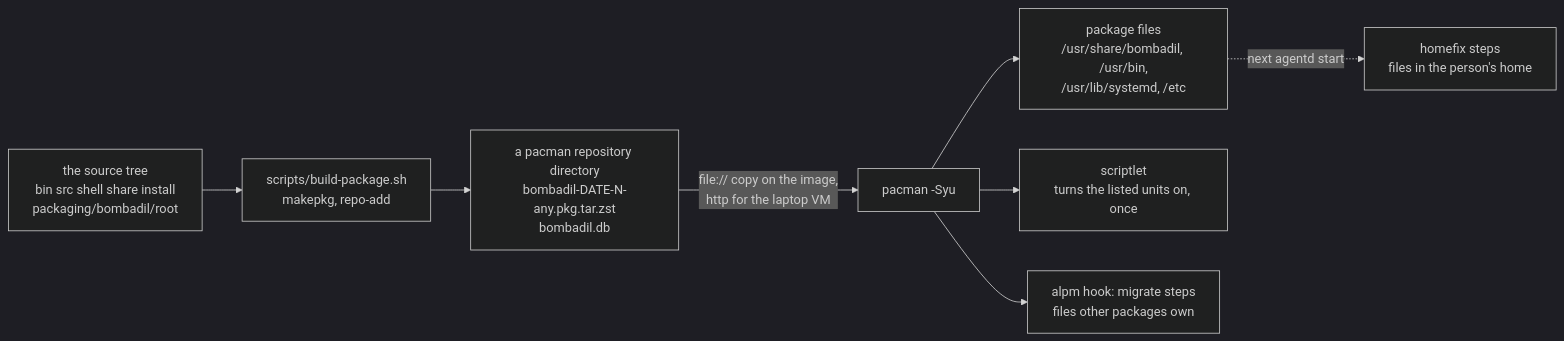
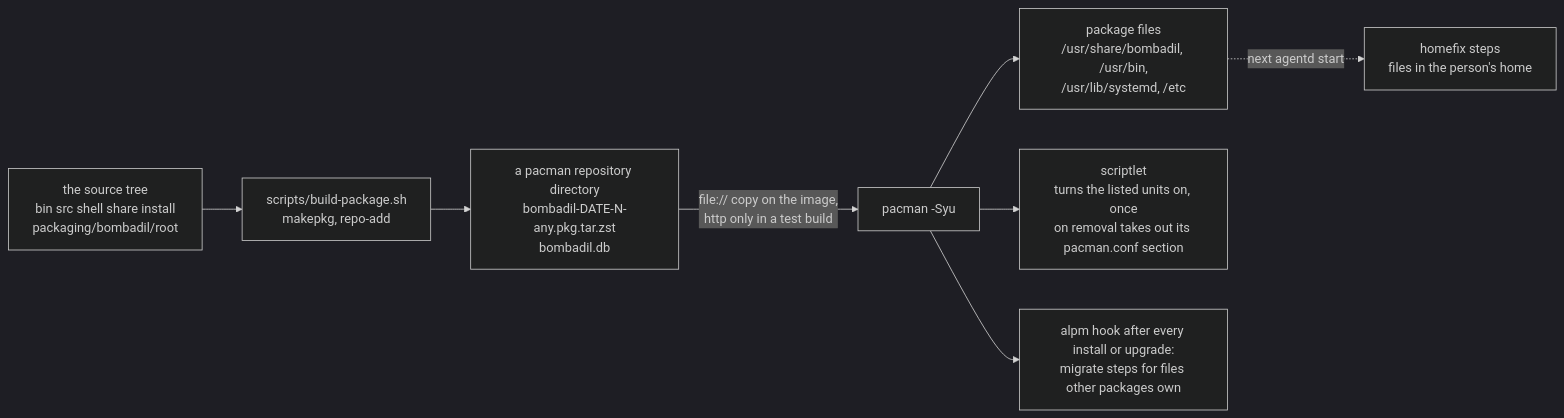
One commit to thedefaultman/Bombadil changed the fourth of 4 diagrams in docs/INSTALLED-OS.md. Above: the diagram before and after it, drawn with Mermaid (dark theme). The commit also changed other lines of this file and 12 other files, not shown here.

````diff
--- a/docs/INSTALLED-OS.md
+++ b/docs/INSTALLED-OS.md
@@ -223,10 +223,10 @@
 ```mermaid
 flowchart LR
     repo["the source tree<br/>bin src shell share install<br/>packaging/bombadil/root"] --> build["scripts/build-package.sh<br/>makepkg, repo-add"]
     build --> dir["a pacman repository directory<br/>bombadil-DATE-N-any.pkg.tar.zst<br/>bombadil.db"]
-    dir -->|"file:// copy on the image,<br/>http for the laptop VM"| pacman["pacman -Syu"]
+    dir -->|"file:// copy on the image,<br/>http only in a test build"| pacman["pacman -Syu"]
     pacman --> files["package files<br/>/usr/share/bombadil, /usr/bin,<br/>/usr/lib/systemd, /etc"]
-    pacman --> scriptlet["scriptlet<br/>turns the listed units on, once"]
-    pacman --> hook["alpm hook: migrate steps<br/>files other packages own"]
+    pacman --> scriptlet["scriptlet<br/>turns the listed units on, once<br/>on removal takes out its pacman.conf section"]
+    pacman --> hook["alpm hook after every install or upgrade:<br/>migrate steps for files other packages own"]
     files -.->|"next agentd start"| homefix["homefix steps<br/>files in the person's home"]
 ```
````
